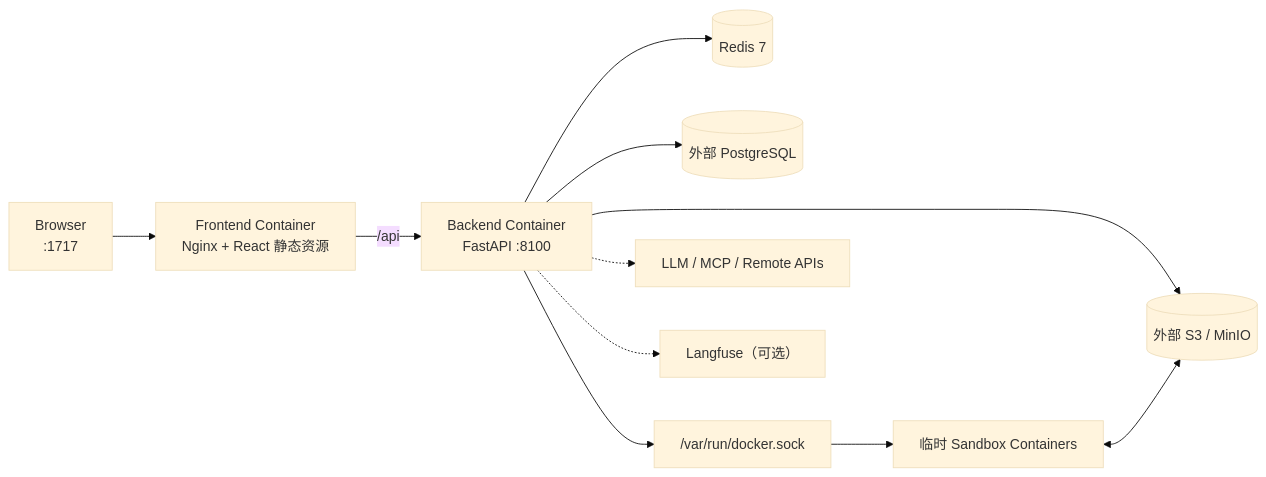
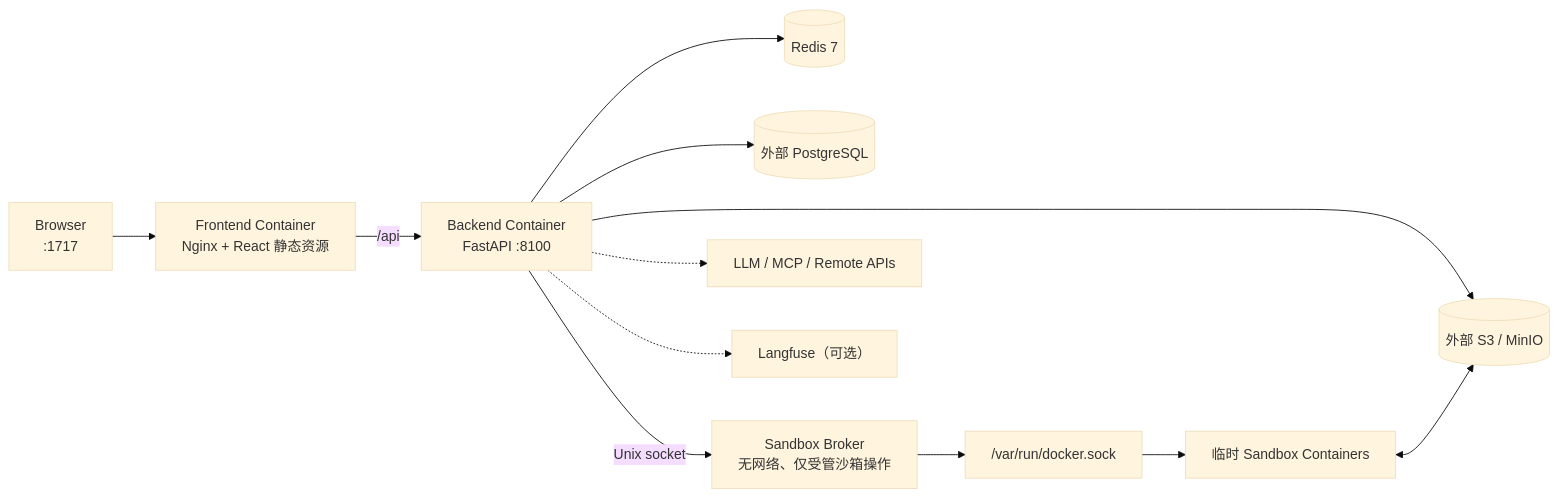
One commit to lys1313013/agent-platform changed the third of 3 diagrams in docs/00-平台总览/系统架构.md. Above: the diagram before and after it, drawn with Mermaid (base theme). The commit also changed 227 other files, not shown here.

````diff
--- a/docs/00-平台总览/系统架构.md
+++ b/docs/00-平台总览/系统架构.md
@@ -167,15 +167,16 @@
 ```mermaid
 flowchart LR
     browser["Browser<br/>:1717"] --> nginx["Frontend Container<br/>Nginx + React 静态资源"]
     nginx -->|"/api"| backend["Backend Container<br/>FastAPI :8100"]
 
     backend --> redis[("Redis 7")]
     backend --> postgres[("外部 PostgreSQL")]
     backend --> storage[("外部 S3 / MinIO")]
-    backend --> socket["/var/run/docker.sock"]
+    backend -->|Unix socket| broker["Sandbox Broker<br/>无网络、仅受管沙箱操作"]
+    broker --> socket["/var/run/docker.sock"]
     socket --> sandbox["临时 Sandbox Containers"]
     sandbox <--> storage
 
     backend -.-> llm["LLM / MCP / Remote APIs"]
     backend -.-> langfuse["Langfuse（可选）"]
 ```
````
